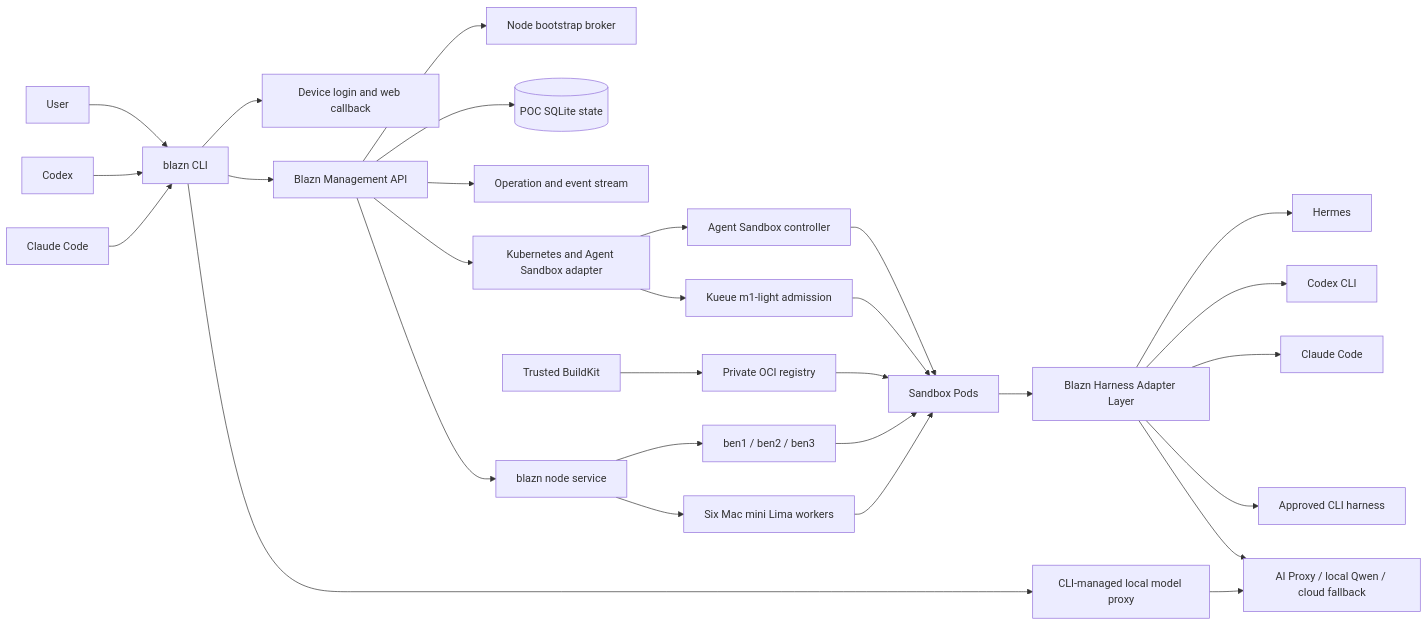
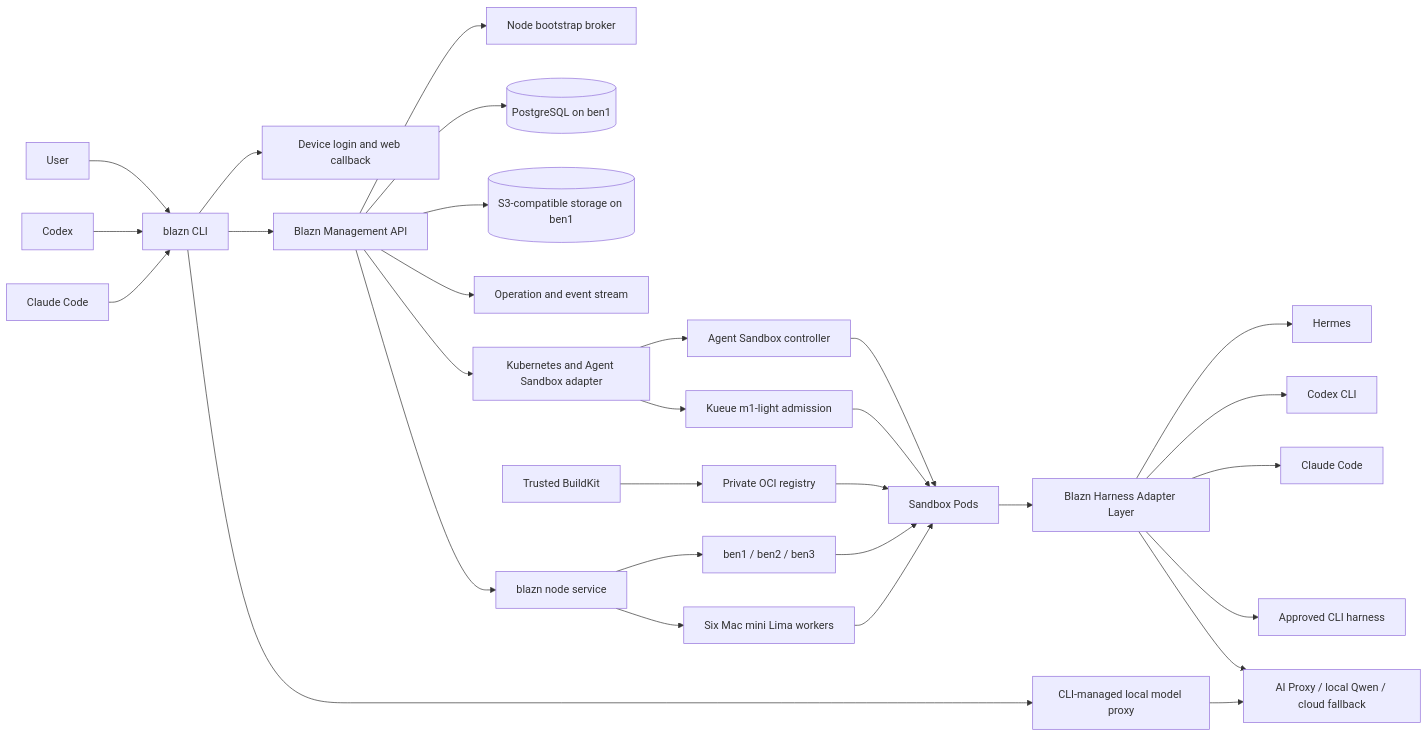
The diagram in docs/poc-execution-plan.md (blazncloud/blazn), drawn with Mermaid before and after one commit. The commit also changed other lines of this file and 1 other file, not shown here.

````diff
--- a/docs/poc-execution-plan.md
+++ b/docs/poc-execution-plan.md
@@ -192,57 +193,59 @@
 ```mermaid
 flowchart LR
     User[User]
     Codex[Codex]
     Claude[Claude Code]
     CLI[blazn CLI]
     Auth[Device login and web callback]
     API[Blazn Management API]
     Broker[Node bootstrap broker]
-    DB[(POC SQLite state)]
+    DB[(PostgreSQL on ben1)]
+    Objects[(S3-compatible storage on ben1)]
     Events[Operation and event stream]
     NodeSvc[blazn node service]
     Adapter[Kubernetes and Agent Sandbox adapter]
     Kueue[Kueue m1-light admission]
     AS[Agent Sandbox controller]
     Sandbox[Sandbox Pods]
     Harness[Blazn Harness Adapter Layer]
     Hermes[Hermes]
     CodexRuntime[Codex CLI]
     ClaudeRuntime[Claude Code]
     GenericRuntime[Approved CLI harness]
     Proxy[AI Proxy / local Qwen / cloud fallback]
     LocalProxy[CLI-managed local model proxy]
     Registry[Private OCI registry]
     BuildKit[Trusted BuildKit]
     Linux[ben1 / ben2 / ben3]
     Macs[Six Mac mini Lima workers]
 
     User --> CLI
     Codex --> CLI
     Claude --> CLI
     CLI --> Auth
     CLI --> API
     CLI --> LocalProxy
     API --> Broker
     API --> DB
+    API --> Objects
     API --> Events
     API --> Adapter
     API --> NodeSvc
     Adapter --> AS
     Adapter --> Kueue
     AS --> Sandbox
     Kueue --> Sandbox
     Sandbox --> Harness
     Harness --> Hermes
     Harness --> CodexRuntime
     Harness --> ClaudeRuntime
     Harness --> GenericRuntime
     Harness --> Proxy
     LocalProxy --> Proxy
     BuildKit --> Registry
     Registry --> Sandbox
     NodeSvc --> Linux
     NodeSvc --> Macs
     Linux --> Sandbox
     Macs --> Sandbox
 ```
````
